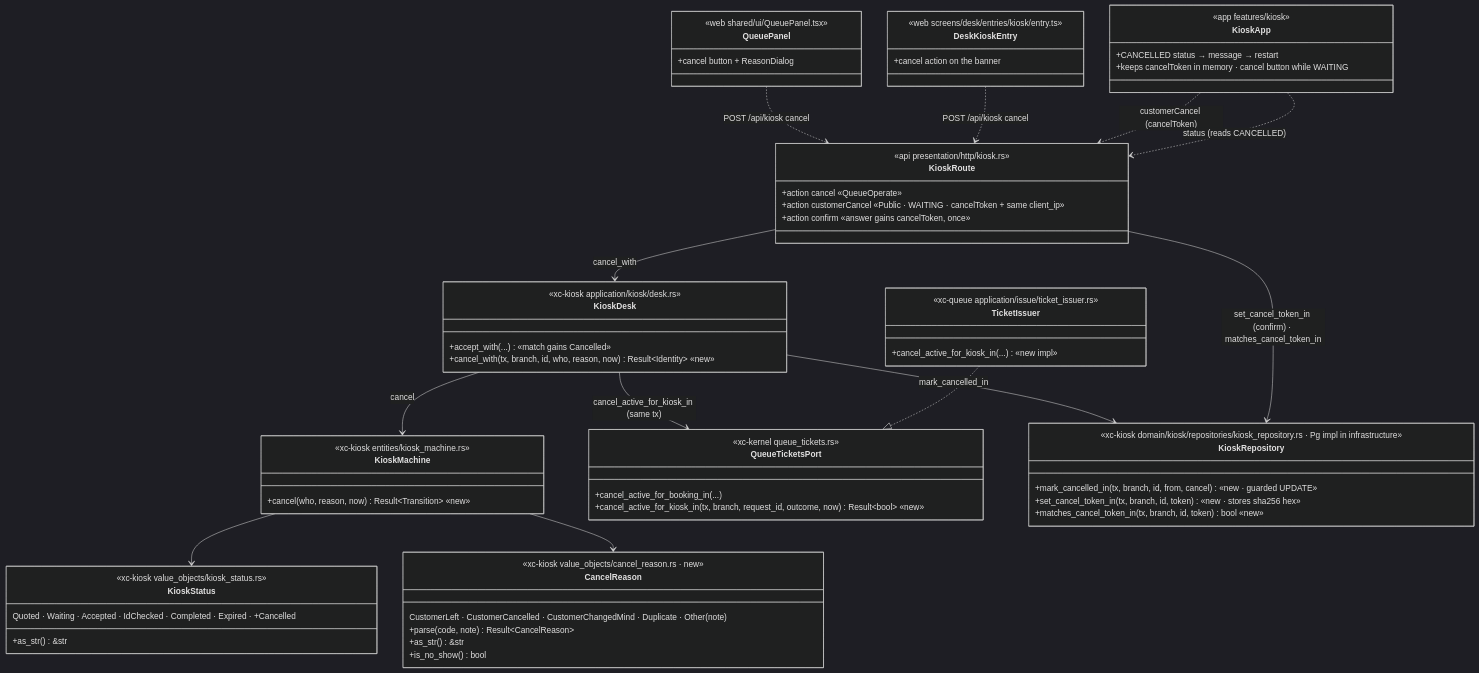
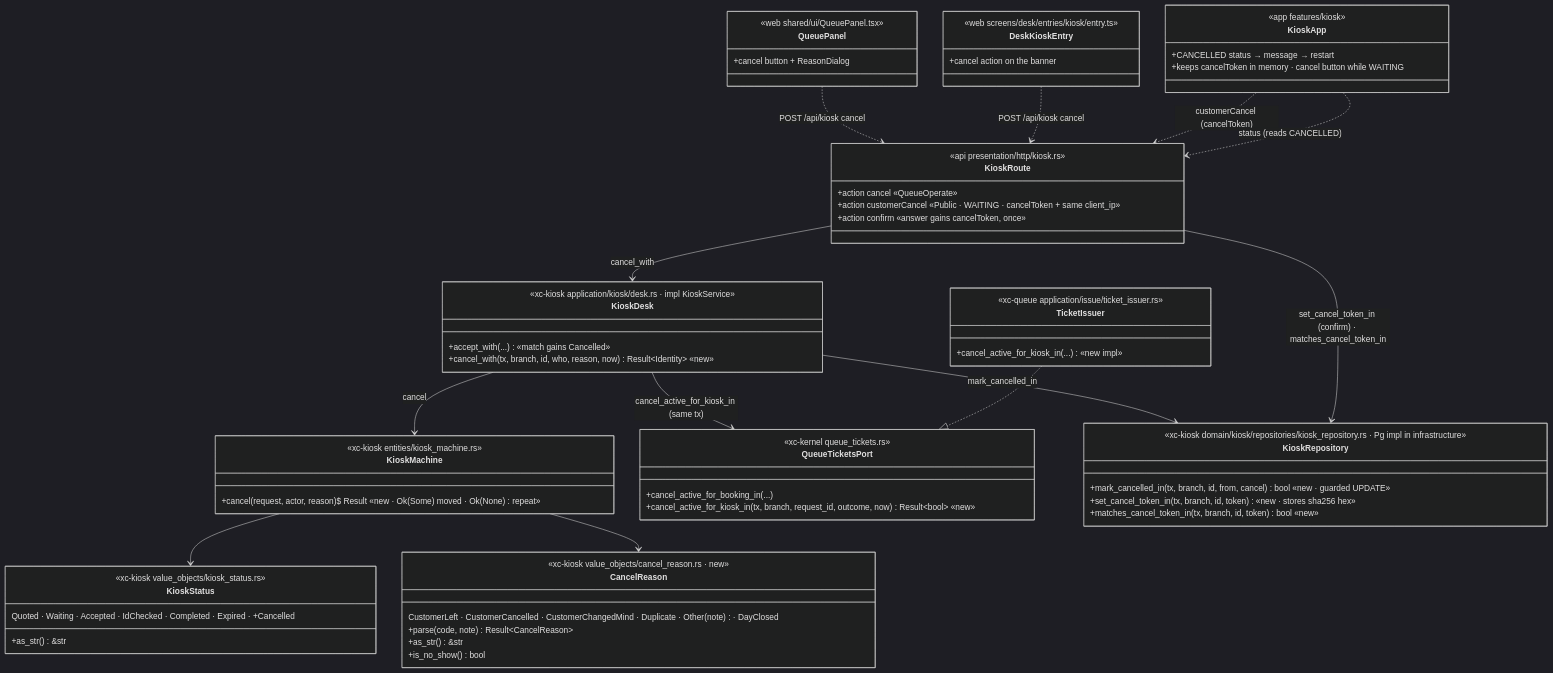
The diagram in docs/design/blueprint/kiosk-cancel.md (yuthstyle88/xchange-dev), drawn with Mermaid (dark theme) before and after one commit. The commit also changed other lines of this file, not shown here.

First line of the commit message:
docs(design): kiosk-cancel — DAY_CLOSED day-close reason (owner ruling) + measured server shapes (#4154)

````diff
--- a/docs/design/blueprint/kiosk-cancel.md
+++ b/docs/design/blueprint/kiosk-cancel.md
@@ -168,70 +197,70 @@
 ```mermaid
 classDiagram
   class KioskStatus {
     <<xc-kiosk value_objects/kiosk_status.rs>>
     Quoted · Waiting · Accepted · IdChecked · Completed · Expired · +Cancelled
     +as_str() &str
   }
   class CancelReason {
     <<xc-kiosk value_objects/cancel_reason.rs · new>>
-    CustomerLeft · CustomerCancelled · CustomerChangedMind · Duplicate · Other(note)
+    CustomerLeft · CustomerCancelled · CustomerChangedMind · Duplicate · Other(note) · DayClosed
     +parse(code, note) Result~CancelReason~
     +as_str() &str
     +is_no_show() bool
   }
   class KioskMachine {
     <<xc-kiosk entities/kiosk_machine.rs>>
-    +cancel(who, reason, now) Result~Transition~  «new»
+    +cancel(request, actor, reason)$ Result  «new · Ok(Some) moved · Ok(None) repeat»
   }
   class KioskDesk {
-    <<xc-kiosk application/kiosk/desk.rs>>
+    <<xc-kiosk application/kiosk/desk.rs · impl KioskService>>
     +accept_with(...)  «match gains Cancelled»
     +cancel_with(tx, branch, id, who, reason, now) Result~Identity~  «new»
   }
   class QueueTicketsPort {
     <<xc-kernel queue_tickets.rs>>
     +cancel_active_for_booking_in(...)
     +cancel_active_for_kiosk_in(tx, branch, request_id, outcome, now) Result~bool~  «new»
   }
   class TicketIssuer {
     <<xc-queue application/issue/ticket_issuer.rs>>
     +cancel_active_for_kiosk_in(...)  «new impl»
   }
   class KioskRepository {
     <<xc-kiosk domain/kiosk/repositories/kiosk_repository.rs · Pg impl in infrastructure>>
-    +mark_cancelled_in(tx, branch, id, from, cancel)  «new · guarded UPDATE»
+    +mark_cancelled_in(tx, branch, id, from, cancel) bool  «new · guarded UPDATE»
     +set_cancel_token_in(tx, branch, id, token)  «new · stores sha256 hex»
     +matches_cancel_token_in(tx, branch, id, token) bool  «new»
   }
   class KioskRoute {
     <<api presentation/http/kiosk.rs>>
     +action cancel  «QueueOperate»
     +action customerCancel  «Public · WAITING · cancelToken + same client_ip»
     +action confirm  «answer gains cancelToken, once»
   }
   class DeskKioskEntry {
     <<web screens/desk/entries/kiosk/entry.ts>>
     +cancel action on the banner
   }
   class QueuePanel {
     <<web shared/ui/QueuePanel.tsx>>
     +cancel button + ReasonDialog
   }
   class KioskApp {
     <<app features/kiosk>>
     +CANCELLED status → message → restart
     +keeps cancelToken in memory · cancel button while WAITING
   }
   KioskMachine --> KioskStatus
   KioskMachine --> CancelReason
   KioskDesk --> KioskMachine : cancel
   KioskDesk --> QueueTicketsPort : cancel_active_for_kiosk_in (same tx)
   TicketIssuer ..|> QueueTicketsPort
   KioskDesk --> KioskRepository : mark_cancelled_in
   KioskRoute --> KioskRepository : set_cancel_token_in (confirm) · matches_cancel_token_in
   KioskRoute --> KioskDesk : cancel_with
   QueuePanel ..> KioskRoute : POST /api/kiosk cancel
   DeskKioskEntry ..> KioskRoute : POST /api/kiosk cancel
   KioskApp ..> KioskRoute : customerCancel (cancelToken)
   KioskApp ..> KioskRoute : status (reads CANCELLED)
 ```
````
